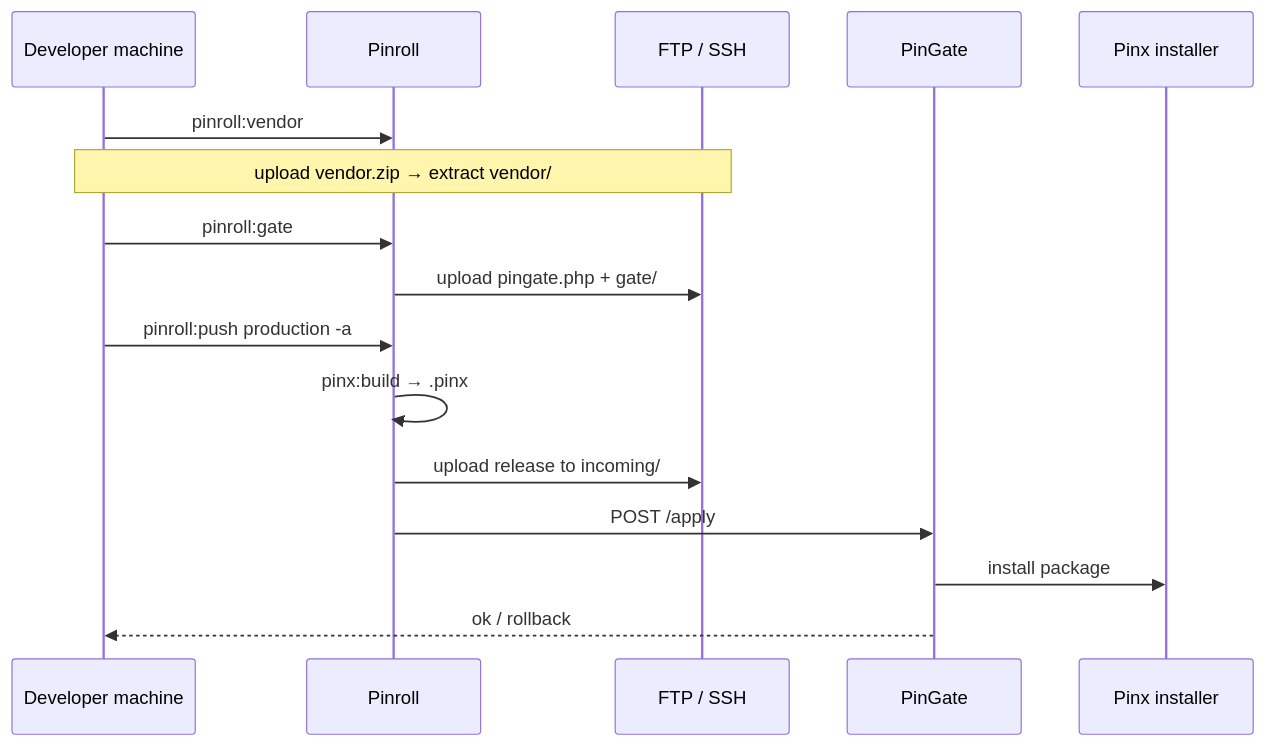
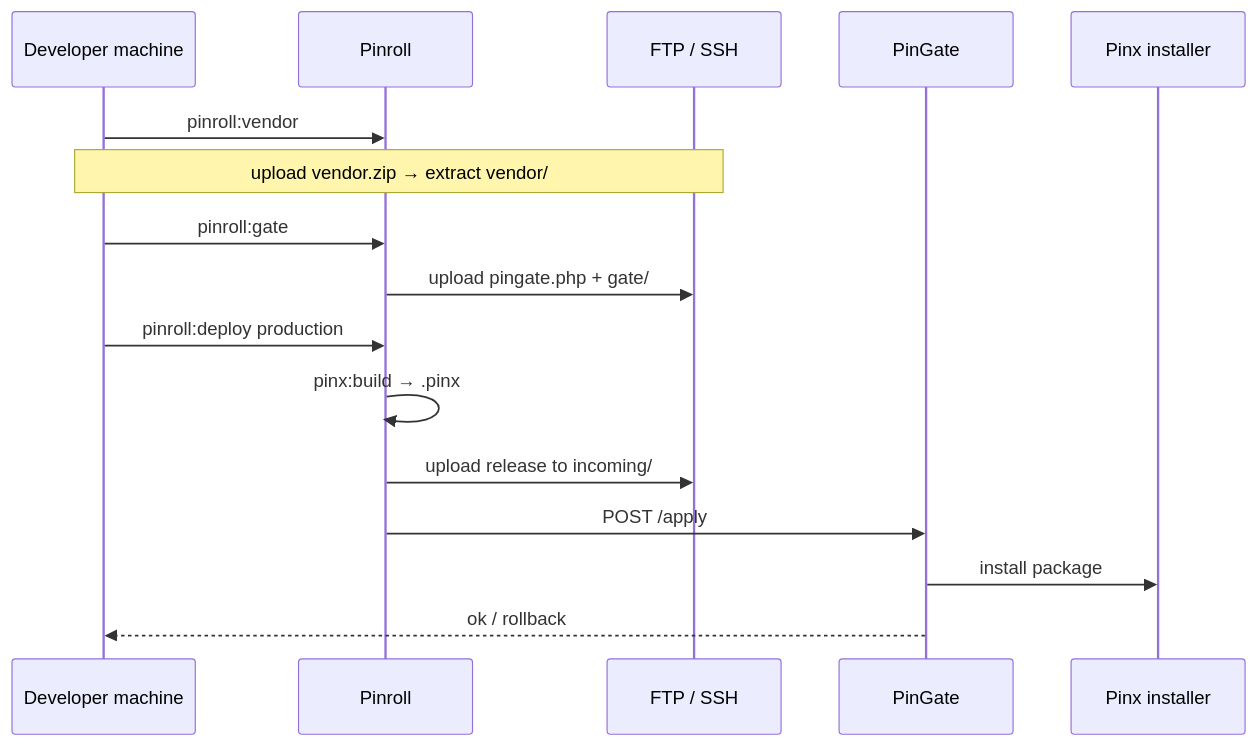
The diagram in en/deploy/pinroll.md (pinoox/docs), drawn with Mermaid before and after one commit. The commit also changed other lines of this file and 6 other files, not shown here.

First line of the commit message:
docs: document pinroll:deploy and clarify typical flow

````diff
--- a/en/deploy/pinroll.md
+++ b/en/deploy/pinroll.md
@@ -298,19 +301,19 @@
 ```mermaid
 sequenceDiagram
     participant Dev as Developer machine
     participant Pinroll
     participant FTP as FTP / SSH
     participant PinGate as PinGate
     participant Pinx as Pinx installer
 
     Dev->>Pinroll: pinroll:vendor
     Note over Dev,FTP: upload vendor.zip → extract vendor/
     Dev->>Pinroll: pinroll:gate
     Pinroll->>FTP: upload pingate.php + gate/
-    Dev->>Pinroll: pinroll:push production -a
+    Dev->>Pinroll: pinroll:deploy production
     Pinroll->>Pinroll: pinx:build → .pinx
     Pinroll->>FTP: upload release to incoming/
     Pinroll->>PinGate: POST /apply
     PinGate->>Pinx: install package
     PinGate-->>Dev: ok / rollback
 ```
````
